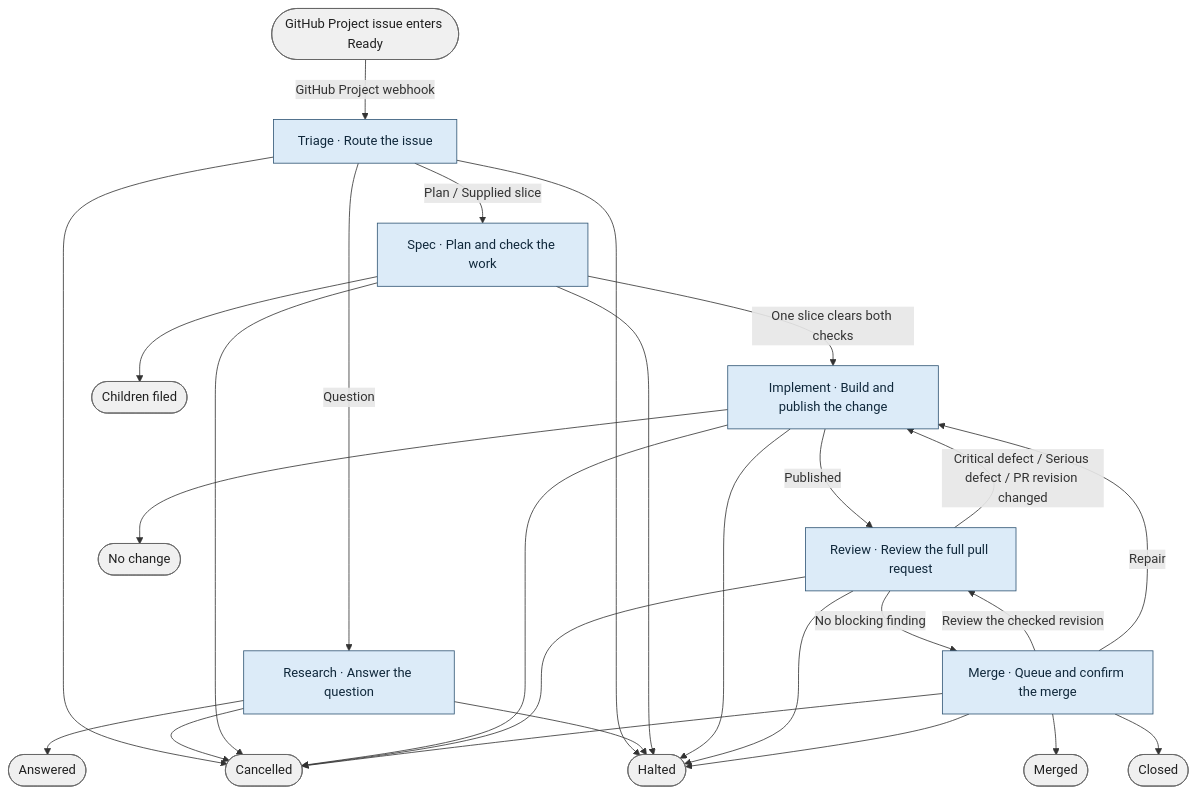
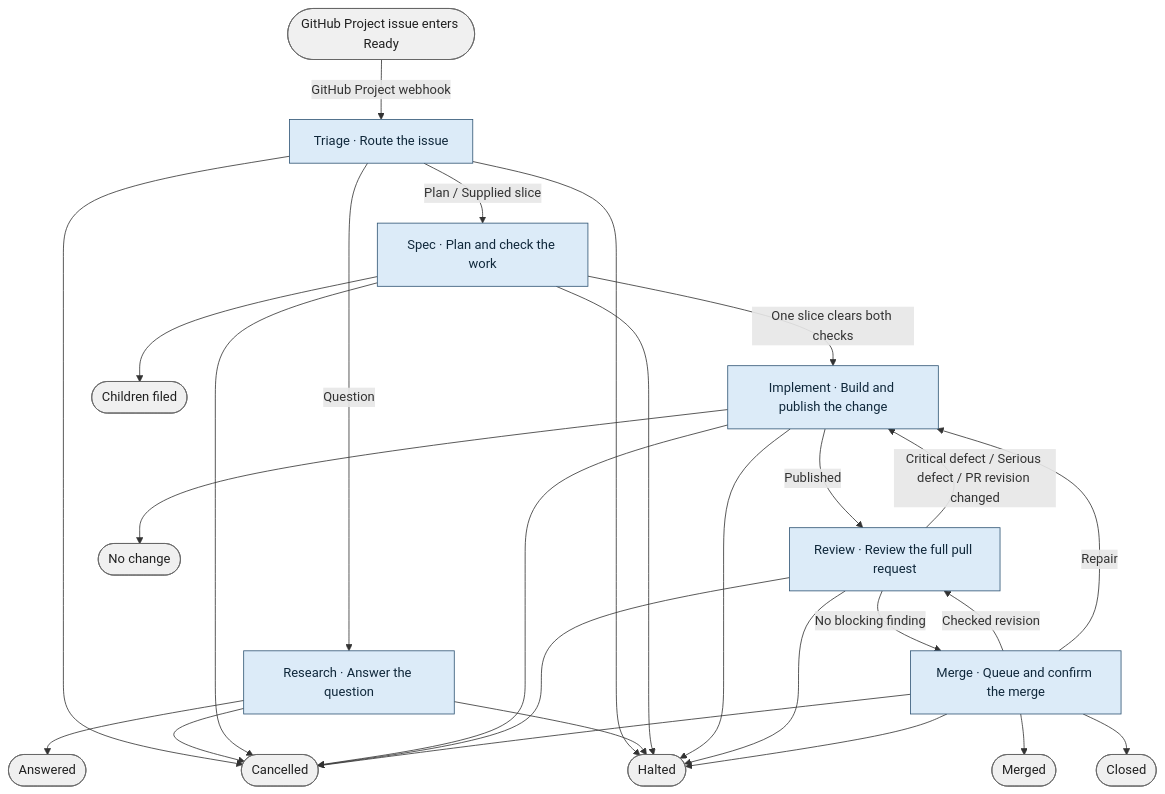
Before and after one commit to bookout-labs/tools: the diagram in docs/graph/blueprint/views/target.mmd, drawn with Mermaid. The commit also changed 37 other files, not shown here.

```diff
--- a/docs/graph/blueprint/views/target.mmd
+++ b/docs/graph/blueprint/views/target.mmd
@@ -1,46 +1,46 @@
 flowchart TD
     n0(["GitHub Project issue enters Ready"]):::terminal
     n1["Triage · Route the issue"]:::stage
     n2["Research · Answer the question"]:::stage
     n3["Spec · Plan and check the work"]:::stage
     n4["Implement · Build and publish the change"]:::stage
     n5["Review · Review the full pull request"]:::stage
     n6["Merge · Queue and confirm the merge"]:::stage
     n7(["Cancelled"]):::terminal
     n8(["Halted"]):::terminal
     n9(["Answered"]):::terminal
     n10(["Children filed"]):::terminal
     n11(["No change"]):::terminal
     n12(["Merged"]):::terminal
     n13(["Closed"]):::terminal
     n0 -->|"GitHub Project webhook"| n1
     n1 -->|"Question"| n2
     n1 -->|"Plan / Supplied slice"| n3
     n1 --> n7
     n1 --> n8
     n2 --> n9
     n2 --> n7
     n2 --> n8
     n3 -->|"One slice clears both checks"| n4
     n3 --> n10
     n3 --> n7
     n3 --> n8
     n4 -->|"Published"| n5
     n4 --> n11
     n4 --> n7
     n4 --> n8
     n5 -->|"Critical defect / Serious defect / PR revision changed"| n4
     n5 -->|"No blocking finding"| n6
     n5 --> n7
     n5 --> n8
     n6 --> n12
     n6 --> n13
-    n6 -->|"Review the checked revision"| n5
+    n6 -->|"Checked revision"| n5
     n6 -->|"Repair"| n4
     n6 --> n7
     n6 --> n8
     classDef stage fill:#dcebf8,stroke:#315675,color:#10283b
     classDef step fill:#edf3f8,stroke:#597187,color:#132638
     classDef worker fill:#d7f0e8,stroke:#357369,color:#133c36
     classDef gate fill:#fff0c9,stroke:#89641f,color:#3f2b0b
     classDef terminal fill:#f0f0f0,stroke:#666666,color:#202020
```
